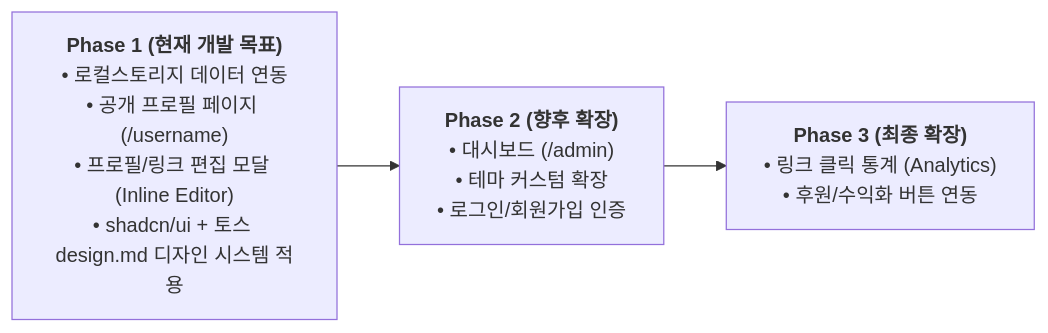
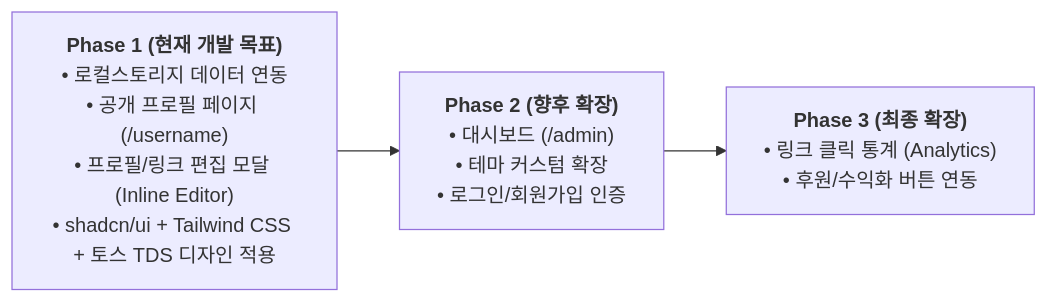
One commit to junseok1028/mylink changed the first of 2 diagrams in docs/PRD.md. Above: the diagram before and after it, drawn with Mermaid. The commit also changed other lines of this file and 6 other files, not shown here.

Commit message:
feat: rebuild link list page strictly following PRD wireframe with Tailwind CSS and shadcn/ui components

````diff
--- a/docs/PRD.md
+++ b/docs/PRD.md
@@ -12,5 +12,5 @@
 ```mermaid
 flowchart LR
-    Phase1["<b>Phase 1 (현재 개발 목표)</b><br/>• 로컬스토리지 데이터 연동<br/>• 공개 프로필 페이지 (/username)<br/>• 프로필/링크 편집 모달 (Inline Editor)<br/>• shadcn/ui + 토스 design.md 디자인 시스템 적용"] --> Phase2["<b>Phase 2 (향후 확장)</b><br/>• 대시보드 (/admin)<br/>• 테마 커스텀 확장<br/>• 로그인/회원가입 인증"]
+    Phase1["<b>Phase 1 (현재 개발 목표)</b><br/>• 로컬스토리지 데이터 연동<br/>• 공개 프로필 페이지 (/username)<br/>• 프로필/링크 편집 모달 (Inline Editor)<br/>• shadcn/ui + Tailwind CSS + 토스 TDS 디자인 적용"] --> Phase2["<b>Phase 2 (향후 확장)</b><br/>• 대시보드 (/admin)<br/>• 테마 커스텀 확장<br/>• 로그인/회원가입 인증"]
     Phase2 --> Phase3["<b>Phase 3 (최종 확장)</b><br/>• 링크 클릭 통계 (Analytics)<br/>• 후원/수익화 버튼 연동"]
 ```
````
